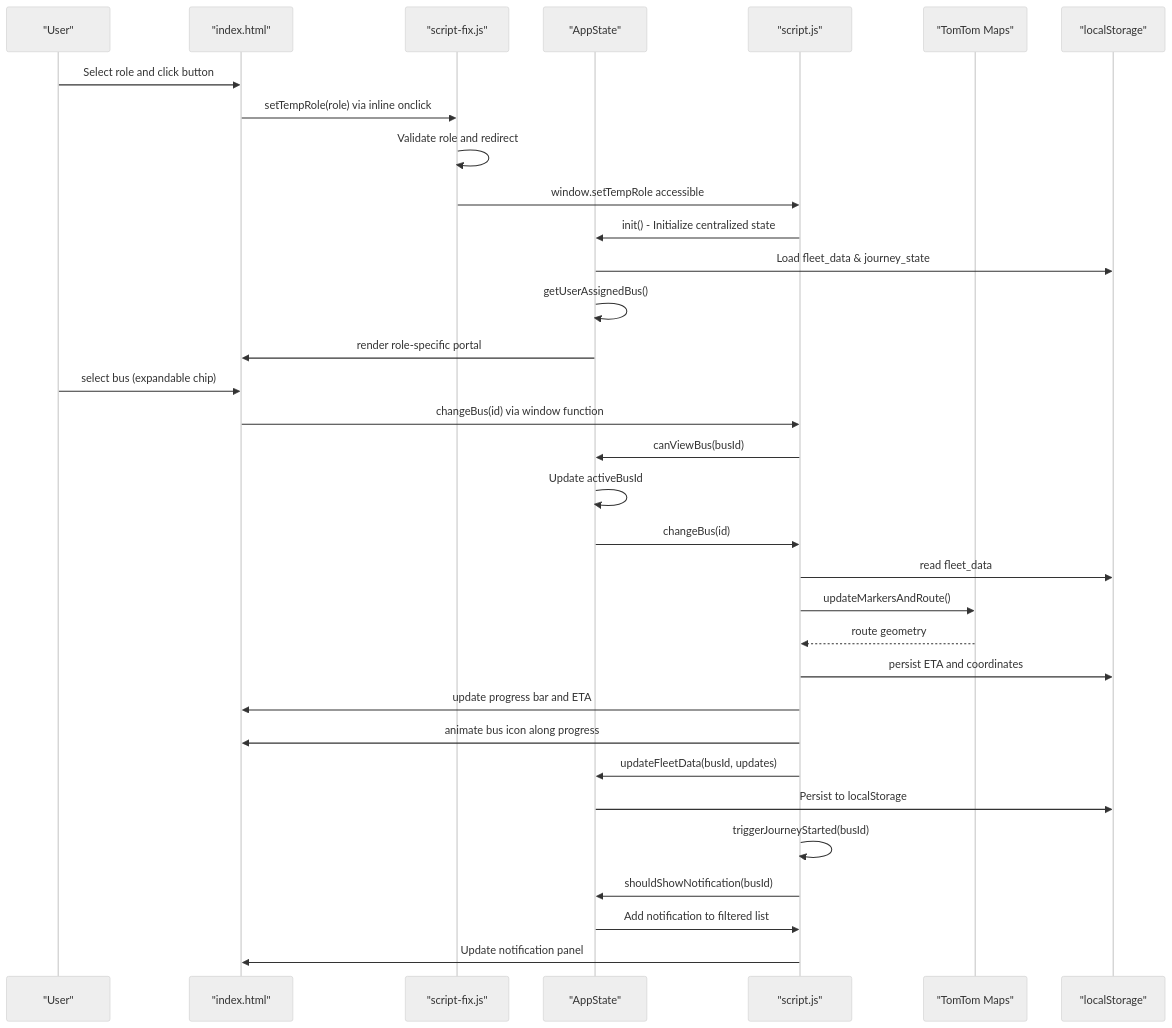
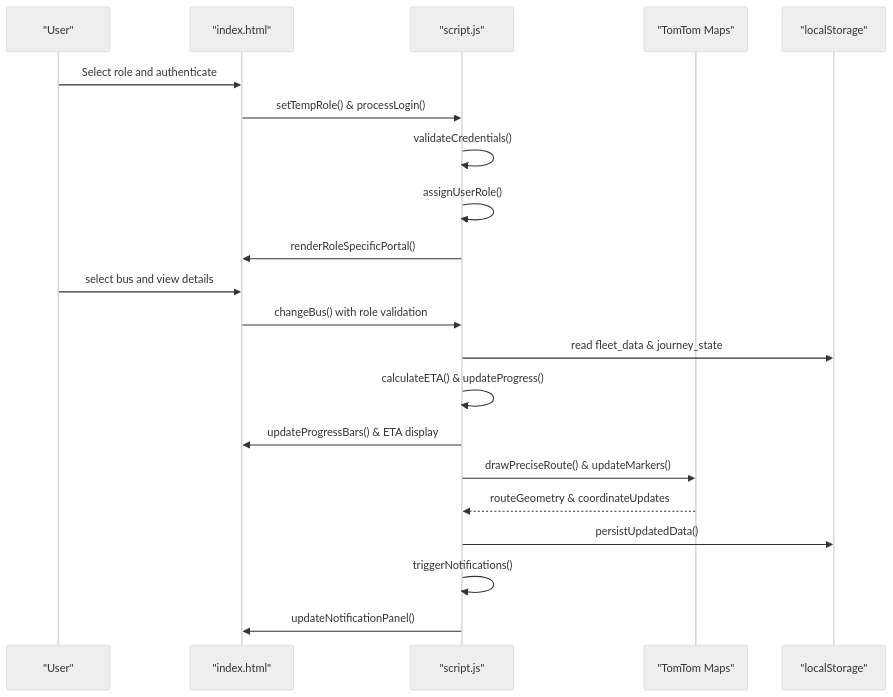
The second of 2 diagrams in .qoder/repowiki/en/content/Fleet Management Features.md (Rehanpatel3858/BusTrack-Pro), drawn with Mermaid (neutral theme) before and after one commit. The commit also changed other lines of this file and 3 other files, not shown here.

````diff
--- a/.qoder/repowiki/en/content/Fleet Management Features.md
+++ b/.qoder/repowiki/en/content/Fleet Management Features.md
@@ -109,35 +95,23 @@
 ```mermaid
 sequenceDiagram
 participant U as "User"
 participant IDX as "index.html"
-participant SF as "script-fix.js"
-participant AS as "AppState"
-participant JS as "script.js"
+participant AS as "script.js"
 participant MAP as "TomTom Maps"
 participant LS as "localStorage"
-U->>IDX : Select role and click button
-IDX->>SF : setTempRole(role) via inline onclick
-SF->>SF : Validate role and redirect
-SF->>JS : window.setTempRole accessible
-JS->>AS : init() - Initialize centralized state
-AS->>LS : Load fleet_data & journey_state
-AS->>AS : getUserAssignedBus()
-AS->>IDX : render role-specific portal
-U->>IDX : select bus (expandable chip)
-IDX->>JS : changeBus(id) via window function
-JS->>AS : canViewBus(busId)
-AS->>AS : Update activeBusId
-AS->>JS : changeBus(id)
-JS->>LS : read fleet_data
-JS->>MAP : updateMarkersAndRoute()
-MAP-->>JS : route geometry
-JS->>LS : persist ETA and coordinates
-JS->>IDX : update progress bar and ETA
-JS->>IDX : animate bus icon along progress
-JS->>AS : updateFleetData(busId, updates)
-AS->>LS : Persist to localStorage
-JS->>JS : triggerJourneyStarted(busId)
-JS->>AS : shouldShowNotification(busId)
-AS->>JS : Add notification to filtered list
-JS->>IDX : Update notification panel
+U->>IDX : Select role and authenticate
+IDX->>AS : setTempRole() & processLogin()
+AS->>AS : validateCredentials()
+AS->>AS : assignUserRole()
+AS->>IDX : renderRoleSpecificPortal()
+U->>IDX : select bus and view details
+IDX->>AS : changeBus() with role validation
+AS->>LS : read fleet_data & journey_state
+AS->>AS : calculateETA() & updateProgress()
+AS->>IDX : updateProgressBars() & ETA display
+AS->>MAP : drawPreciseRoute() & updateMarkers()
+MAP-->>AS : routeGeometry & coordinateUpdates
+AS->>LS : persistUpdatedData()
+AS->>AS : triggerNotifications()
+AS->>IDX : updateNotificationPanel()
 ```
````
